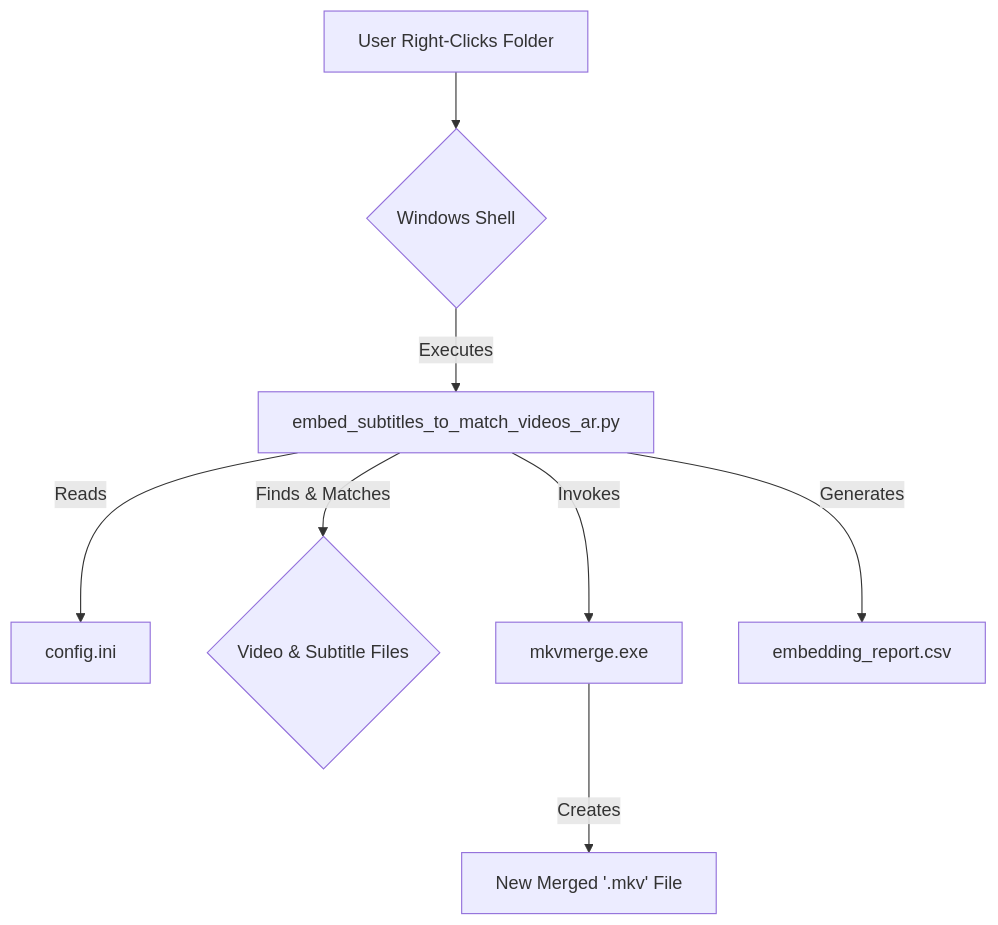
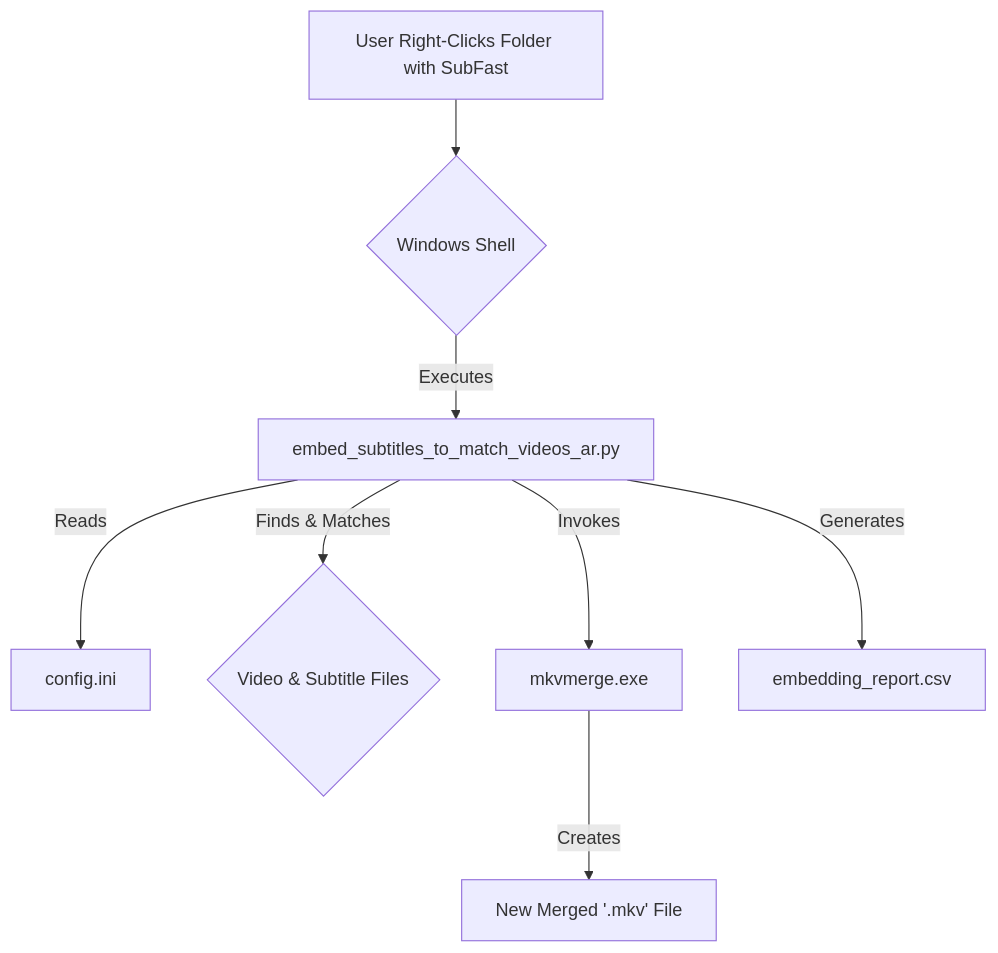
One commit to slmlm2009/SubFast changed the first of 2 diagrams in v3.0.0_preview_rename_subtitles_to_match_videos_ar/docs/architecture/architecture-document-subtitle-renamer-tool-ar-subtitle-embedding-feature.md. Above: the diagram before and after it, drawn with Mermaid. The commit also changed other lines of this file and 15 other files, not shown here.

Commit message:
SubFast rebranding, pre-release3

````diff
--- a/v3.0.0_preview_rename_subtitles_to_match_videos_ar/docs/architecture/architecture-document-subtitle-renamer-tool-ar-subtitle-embedding-feature.md
+++ b/v3.0.0_preview_rename_subtitles_to_match_videos_ar/docs/architecture/architecture-document-subtitle-renamer-tool-ar-subtitle-embedding-feature.md
@@ -21,10 +21,10 @@
 ```mermaid
 graph TD
-    A[User Right-Clicks Folder] --> B{Windows Shell};
+    A[User Right-Clicks Folder with SubFast] --> B{Windows Shell};
     B -- Executes --> C[embed_subtitles_to_match_videos_ar.py];
     C -- Reads --> D[config.ini];
     C -- Finds & Matches --> E{Video & Subtitle Files};
     C -- Invokes --> F[mkvmerge.exe];
     F -- Creates --> G[New Merged '.mkv' File];
     C -- Generates --> H[embedding_report.csv];
 ```
````
